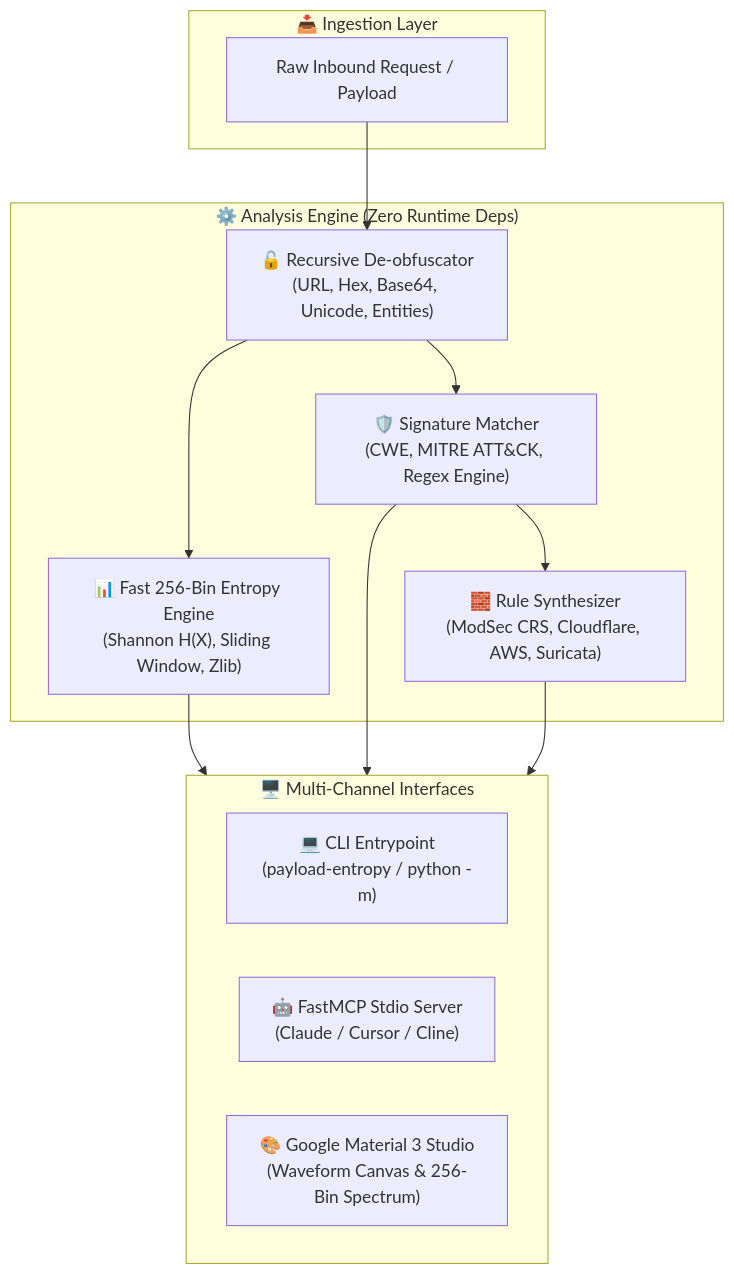
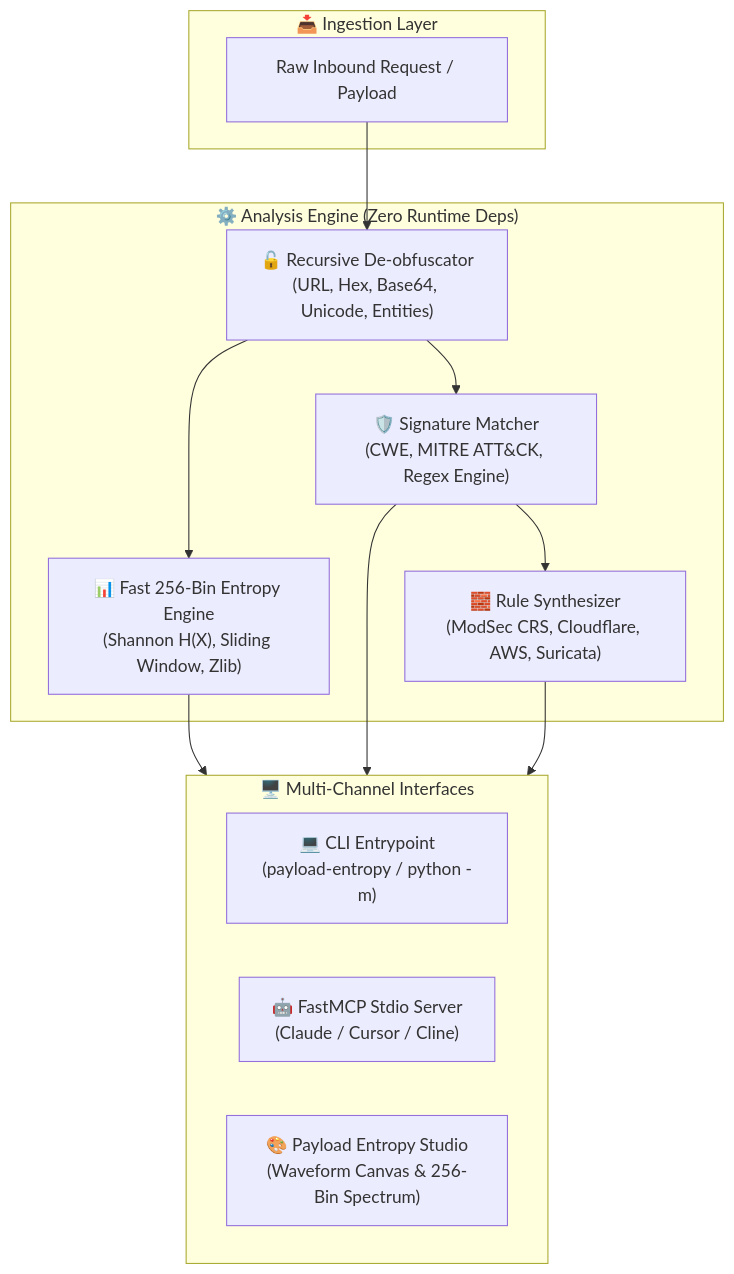
Before and after one commit to 1nc0gn30/payload-entropy-studio: the diagram in README.md, drawn with Mermaid. The commit also changed other lines of this file and 4 other files, not shown here.

Commit message:
rebrand(payload-entropy-studio): update branding to Payload & Entropy Studio with Material 3 design influence

````diff
--- a/README.md
+++ b/README.md
@@ -118,27 +118,27 @@
 ```mermaid
 flowchart TD
     subgraph Input["📥 Ingestion Layer"]
         Raw["Raw Inbound Request / Payload"]
     end
 
     subgraph Core["⚙️ Analysis Engine (Zero Runtime Deps)"]
         Deobf["🔓 Recursive De-obfuscator\n(URL, Hex, Base64, Unicode, Entities)"]
         Entropy["📊 Fast 256-Bin Entropy Engine\n(Shannon H(X), Sliding Window, Zlib)"]
         Threat["🛡️ Signature Matcher\n(CWE, MITRE ATT&CK, Regex Engine)"]
         WAF["🧱 Rule Synthesizer\n(ModSec CRS, Cloudflare, AWS, Suricata)"]
     end
 
     subgraph Interfaces["🖥️ Multi-Channel Interfaces"]
         CLI["💻 CLI Entrypoint\n(payload-entropy / python -m)"]
         MCP["🤖 FastMCP Stdio Server\n(Claude / Cursor / Cline)"]
-        UI["🎨 Google Material 3 Studio\n(Waveform Canvas & 256-Bin Spectrum)"]
+        UI["🎨 Payload Entropy Studio\n(Waveform Canvas & 256-Bin Spectrum)"]
     end
 
     Raw --> Deobf
     Deobf --> Entropy
     Deobf --> Threat
     Threat --> WAF
     Entropy --> Interfaces
     Threat --> Interfaces
     WAF --> Interfaces
 ```
````
